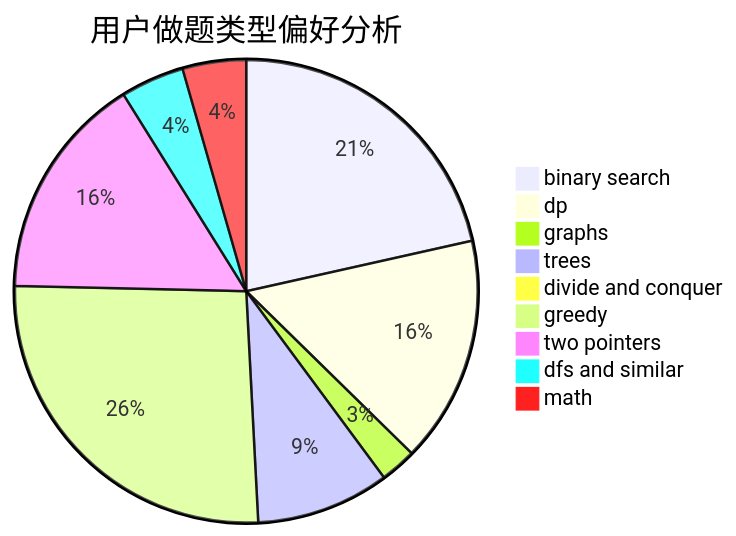
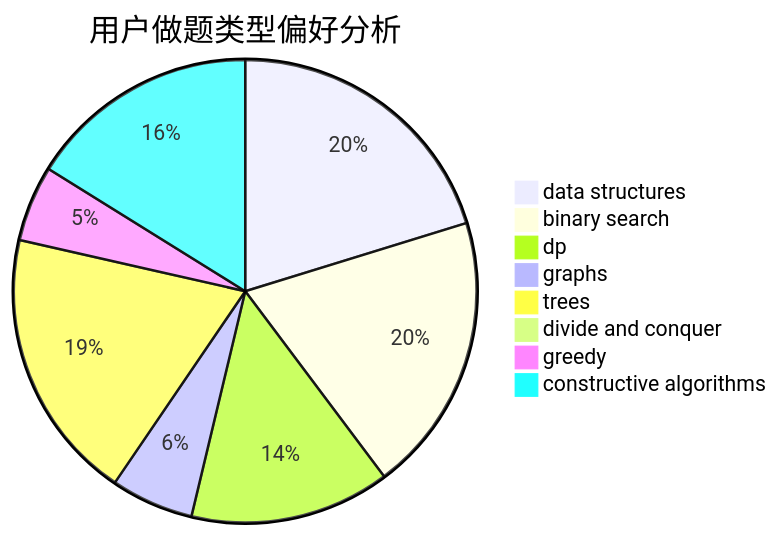
The second of 3 diagrams in docs/user/u1117.md (sherpahu/cfrs.github.io), drawn with Mermaid before and after one commit. The commit also changed other lines of this file and 2775 other files, not shown here.

````diff
--- a/docs/user/u1117.md
+++ b/docs/user/u1117.md
@@ -23,12 +23,11 @@
 ```mermaid
 pie title 用户做题类型偏好分析
-    "binary search" :  247
-    "dp" :  182
-    "graphs" :  29
-    "trees" :  107
-    "divide and conquer" :  3
-    "greedy" :  301
-    "two pointers" :  181
-    "dfs and similar" :  51
-    "math" :  51
+    "data structures" :  84
+    "binary search" :  81
+    "dp" :  58
+    "graphs" :  24
+    "trees" :  79
+    "divide and conquer" :  0
+    "greedy" :  22
+    "constructive algorithms" :  67
 ```
````
